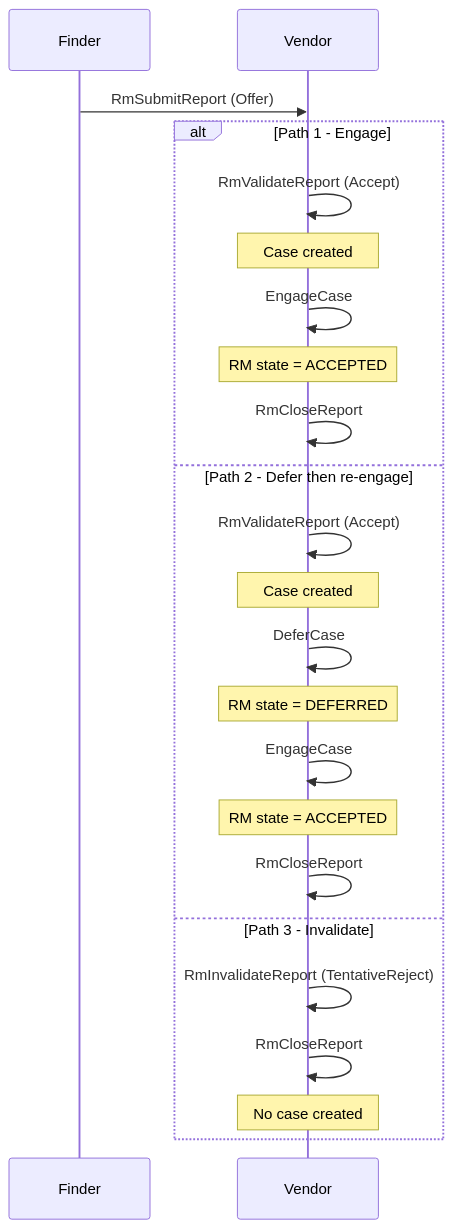
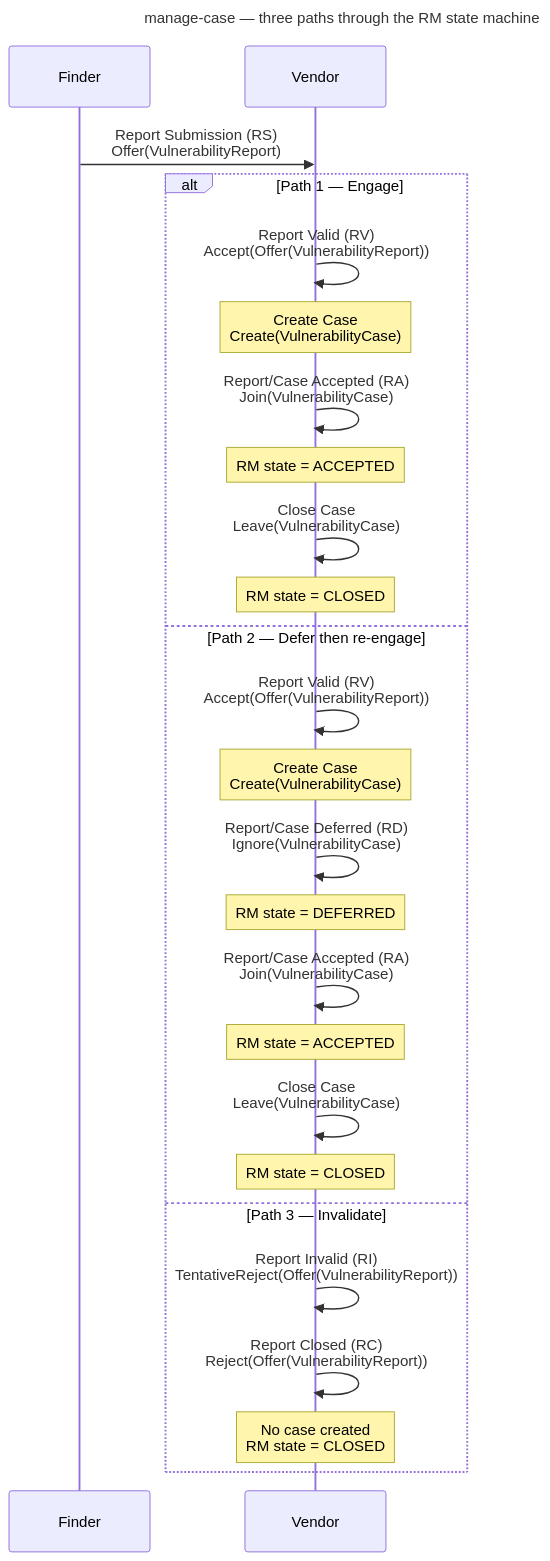
Before and after one commit to CERTCC/Vultron: the eighth of 8 diagrams in docs/tutorials/other_demos.md, drawn with Mermaid. The commit also changed other lines of this file and 24 other files, not shown here.

````diff
--- a/docs/tutorials/other_demos.md
+++ b/docs/tutorials/other_demos.md
@@ -378,26 +375,31 @@
 ```mermaid
+---
+title: manage-case — three paths through the RM state machine
+---
 sequenceDiagram
     participant F as Finder
     participant V as Vendor
 
-    F->>V: RmSubmitReport (Offer)
-    alt Path 1 - Engage
-        V->>V: RmValidateReport (Accept)
-        Note over V: Case created
-        V->>V: EngageCase
+    F->>V: Report Submission (RS)<br/>Offer(VulnerabilityReport)
+    alt Path 1 — Engage
+        V->>V: Report Valid (RV)<br/>Accept(Offer(VulnerabilityReport))
+        Note over V: Create Case<br/>Create(VulnerabilityCase)
+        V->>V: Report/Case Accepted (RA)<br/>Join(VulnerabilityCase)
         Note over V: RM state = ACCEPTED
-        V->>V: RmCloseReport
-    else Path 2 - Defer then re-engage
-        V->>V: RmValidateReport (Accept)
-        Note over V: Case created
-        V->>V: DeferCase
+        V->>V: Close Case<br/>Leave(VulnerabilityCase)
+        Note over V: RM state = CLOSED
+    else Path 2 — Defer then re-engage
+        V->>V: Report Valid (RV)<br/>Accept(Offer(VulnerabilityReport))
+        Note over V: Create Case<br/>Create(VulnerabilityCase)
+        V->>V: Report/Case Deferred (RD)<br/>Ignore(VulnerabilityCase)
         Note over V: RM state = DEFERRED
-        V->>V: EngageCase
+        V->>V: Report/Case Accepted (RA)<br/>Join(VulnerabilityCase)
         Note over V: RM state = ACCEPTED
-        V->>V: RmCloseReport
-    else Path 3 - Invalidate
-        V->>V: RmInvalidateReport (TentativeReject)
-        V->>V: RmCloseReport
-        Note over V: No case created
+        V->>V: Close Case<br/>Leave(VulnerabilityCase)
+        Note over V: RM state = CLOSED
+    else Path 3 — Invalidate
+        V->>V: Report Invalid (RI)<br/>TentativeReject(Offer(VulnerabilityReport))
+        V->>V: Report Closed (RC)<br/>Reject(Offer(VulnerabilityReport))
+        Note over V: No case created<br/>RM state = CLOSED
     end
 ```
````
